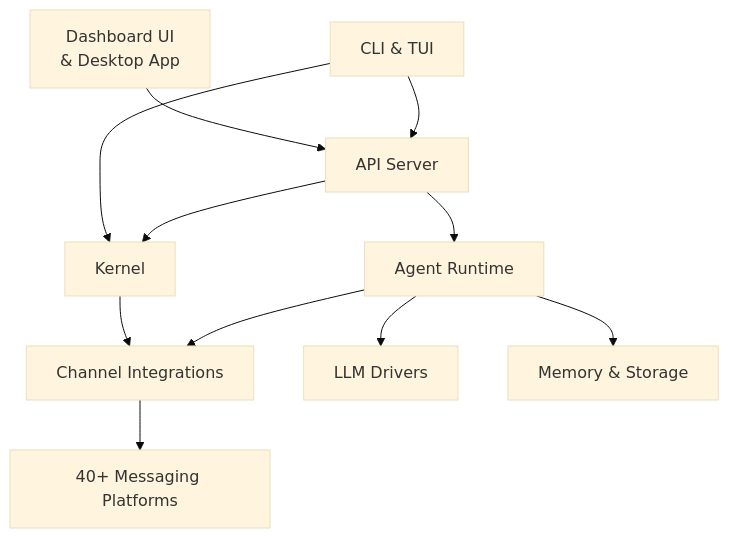
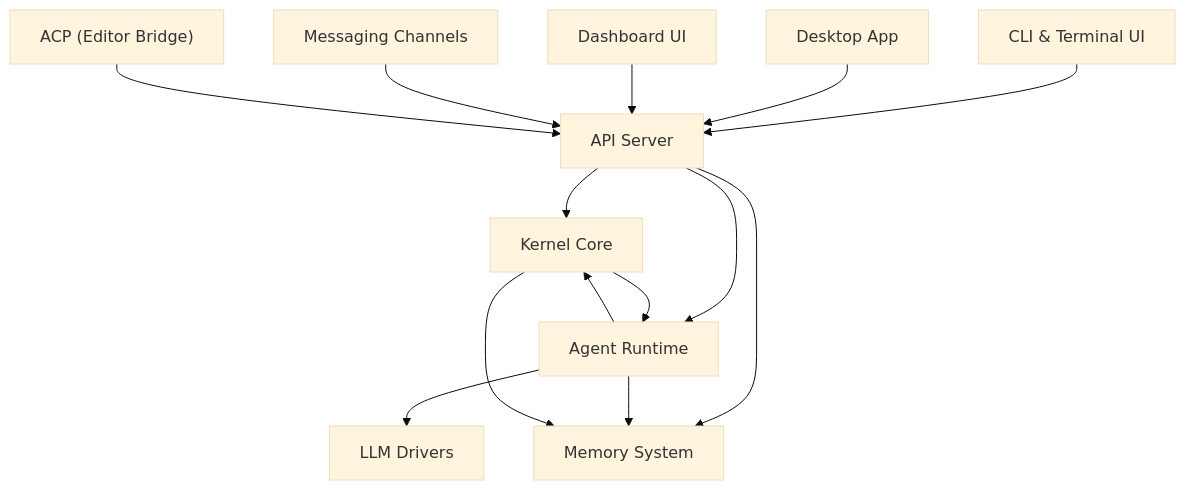
The diagram in overview.md (leszek3737/librefang-WIki), drawn with Mermaid (base theme) before and after one commit. The commit also changed other lines of this file and 110 other files, not shown here.

````diff
--- a/overview.md
+++ b/overview.md
@@ -9,13 +9,31 @@
 ```mermaid
 graph TD
-    UI["Dashboard UI<br/>& Desktop App"] --> API["API Server"]
-    CLI["CLI & TUI"] --> API
-    CLI --> KRNL["Kernel"]
-    API --> KRNL
-    API --> RT["Agent Runtime"]
-    KRNL --> CH["Channel Integrations"]
-    RT --> CH
-    RT --> LLM["LLM Drivers"]
-    RT --> MEM["Memory & Storage"]
-    CH --> PLAT["40+ Messaging Platforms"]
+    CLI["CLI & Terminal UI"]
+    DESK["Desktop App"]
+    DASH["Dashboard UI"]
+    CH["Messaging Channels"]
+    ACP["ACP (Editor Bridge)"]
+
+    API["API Server"]
+
+    KERNEL["Kernel Core"]
+    RUNTIME["Agent Runtime"]
+    LLM["LLM Drivers"]
+    MEMORY["Memory System"]
+
+    CLI --> API
+    DESK --> API
+    DASH --> API
+    CH --> API
+    ACP --> API
+
+    API --> KERNEL
+    API --> RUNTIME
+    API --> MEMORY
+
+    RUNTIME --> LLM
+    RUNTIME --> MEMORY
+    RUNTIME --> KERNEL
+    KERNEL --> RUNTIME
+    KERNEL --> MEMORY
 ```
````
